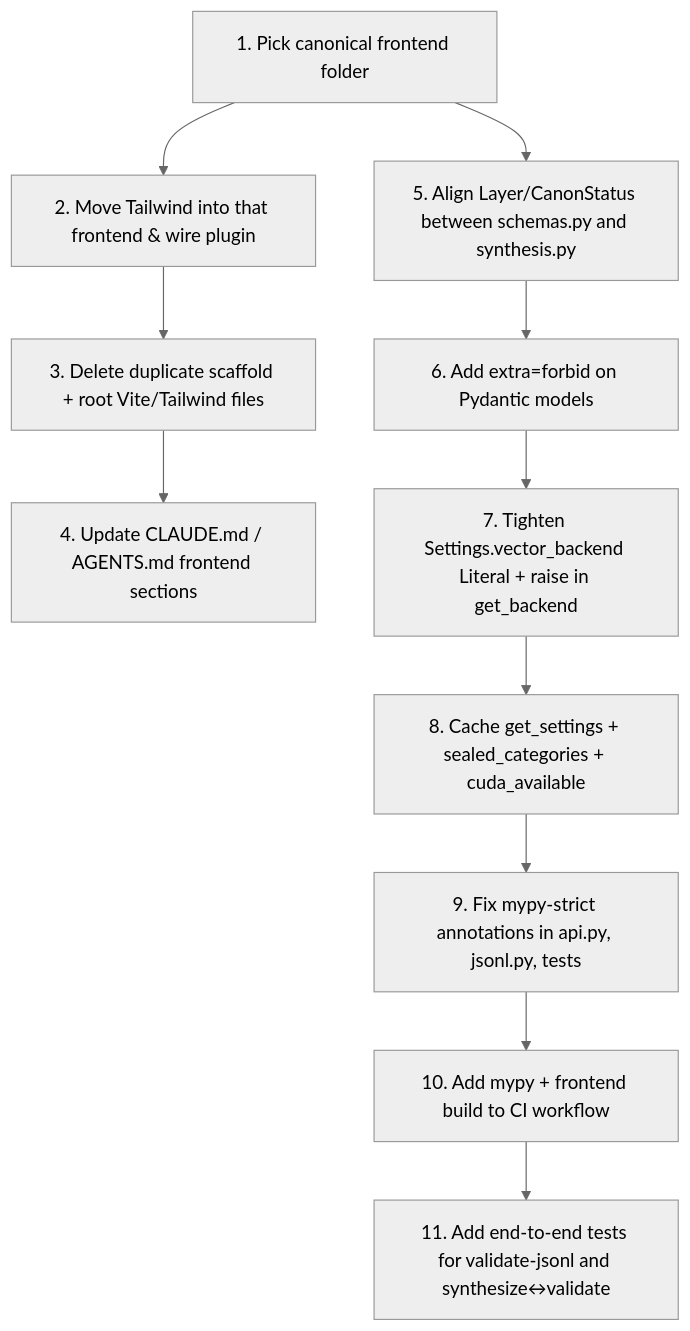
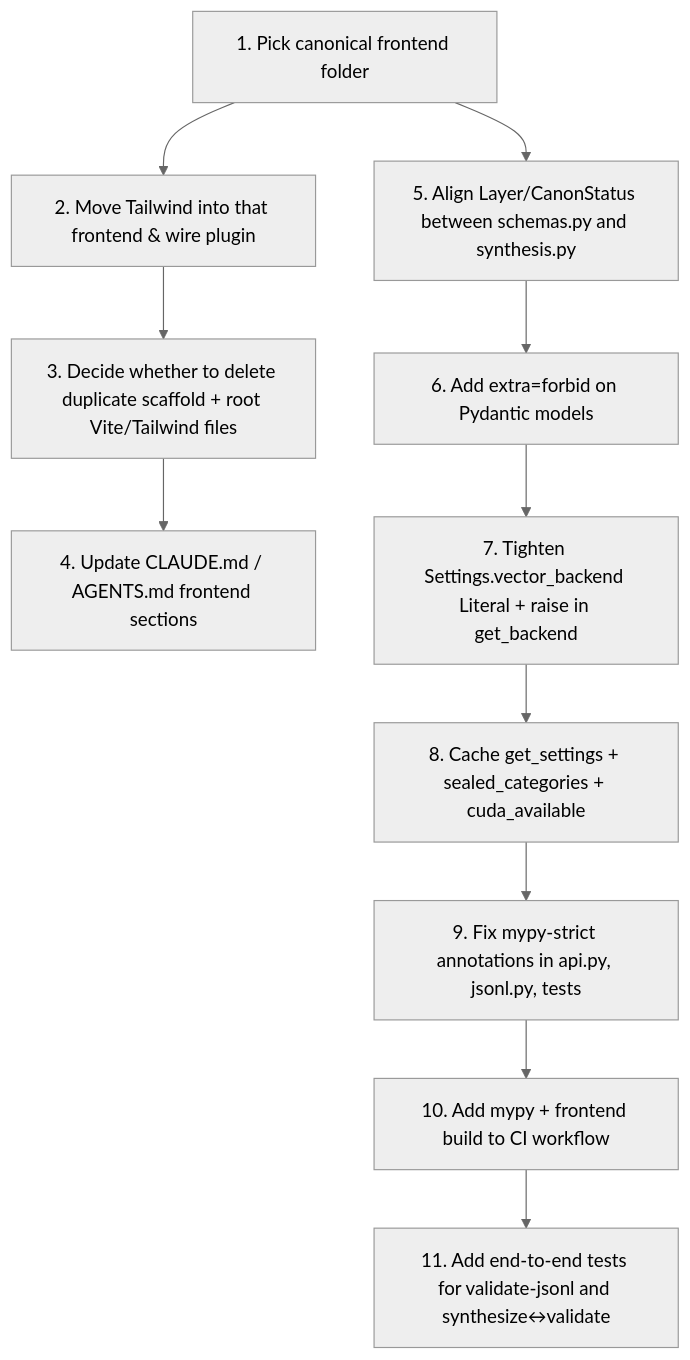
The diagram in roadmap/Plan_v1___Repo_Optimization_Review.md (calebmills99/VUORSE-VORTEX), drawn with Mermaid (neutral theme) before and after one commit. The commit also changed other lines of this file and 16 other files, not shown here.

First line of the commit message:
Wire Tailwind + frontend CI; tighten schema & tests

````diff
--- a/roadmap/Plan_v1___Repo_Optimization_Review.md
+++ b/roadmap/Plan_v1___Repo_Optimization_Review.md
@@ -59,13 +59,13 @@
 ```mermaid
 flowchart TD
   A[1. Pick canonical frontend folder] --> B[2. Move Tailwind into that frontend & wire plugin]
-  B --> C[3. Delete duplicate scaffold + root Vite/Tailwind files]
+  B --> C[3. Decide whether to delete duplicate scaffold + root Vite/Tailwind files]
   C --> D[4. Update CLAUDE.md / AGENTS.md frontend sections]
   A --> E[5. Align Layer/CanonStatus between schemas.py and synthesis.py]
   E --> F[6. Add extra=forbid on Pydantic models]
   F --> G[7. Tighten Settings.vector_backend Literal + raise in get_backend]
   G --> H[8. Cache get_settings + sealed_categories + cuda_available]
   H --> I[9. Fix mypy-strict annotations in api.py, jsonl.py, tests]
   I --> J[10. Add mypy + frontend build to CI workflow]
   J --> K[11. Add end-to-end tests for validate-jsonl and synthesize↔validate]
 ```
````
